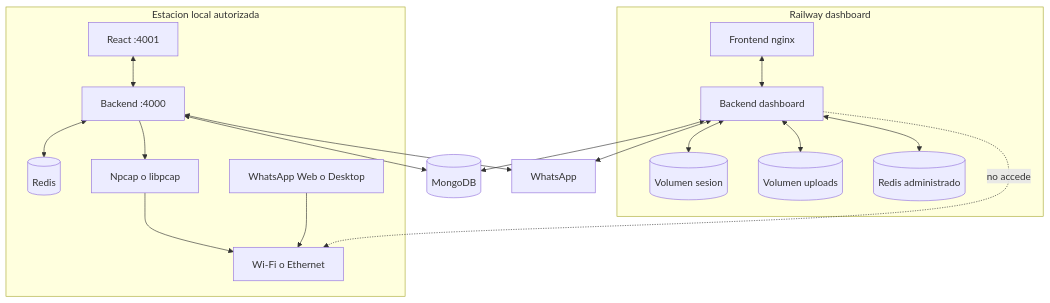
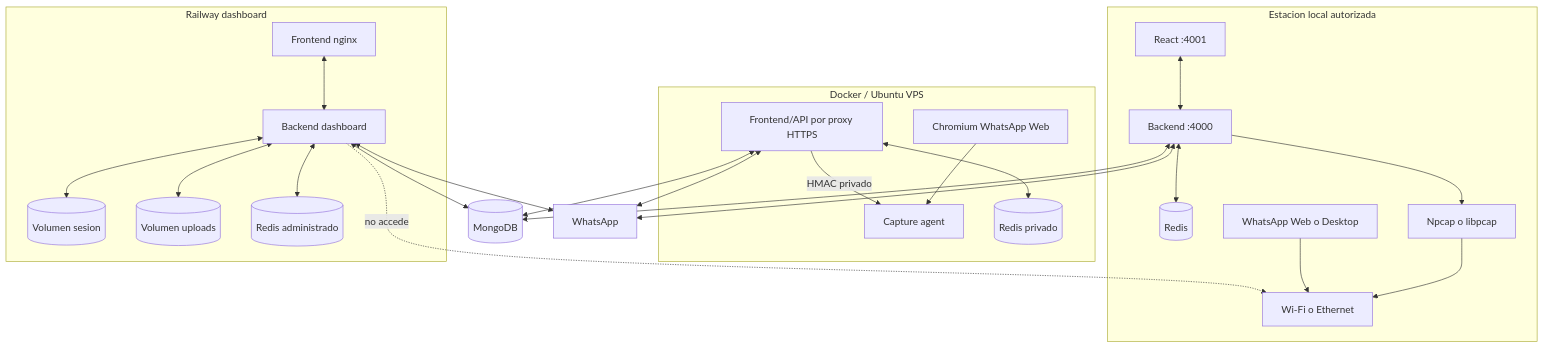
Before and after one commit to deco31416/wp-monitor: the diagram in docs/diagrams/03-deployment-topologies.md, drawn with Mermaid. The commit also changed other lines of this file and 74 other files, not shown here.

````diff
--- a/docs/diagrams/03-deployment-topologies.md
+++ b/docs/diagrams/03-deployment-topologies.md
@@ -7,36 +7,49 @@
 ```mermaid
 flowchart TB
     subgraph Workstation[Estacion local autorizada]
       LocalUI[React :4001]
       LocalAPI[Backend :4000]
       LocalRedis[(Redis)]
       Driver[Npcap o libpcap]
       NIC[Wi-Fi o Ethernet]
       Desktop[WhatsApp Web o Desktop]
       LocalUI <--> LocalAPI
       LocalAPI <--> LocalRedis
       LocalAPI --> Driver --> NIC
       Desktop --> NIC
+    end
+
+
+    subgraph VPS[Docker / Ubuntu VPS]
+      VpsUI[Frontend/API por proxy HTTPS]
+      Browser[Chromium WhatsApp Web]
+      Agent[Capture agent]
+      VpsRedis[(Redis privado)]
+      Browser --> Agent
+      VpsUI -->|HMAC privado| Agent
+      VpsUI <--> VpsRedis
     end
 
     subgraph Cloud[Railway dashboard]
       CloudUI[Frontend nginx]
       CloudAPI[Backend dashboard]
       AuthVolume[(Volumen sesion)]
       UploadVolume[(Volumen uploads)]
       CloudRedis[(Redis administrado)]
       CloudUI <--> CloudAPI
       CloudAPI <--> AuthVolume
       CloudAPI <--> UploadVolume
       CloudAPI <--> CloudRedis
     end
 
     Mongo[(MongoDB)]
     WA[WhatsApp]
 
     LocalAPI <--> Mongo
     CloudAPI <--> Mongo
     LocalAPI <--> WA
     CloudAPI <--> WA
+    VpsUI <--> Mongo
+    VpsUI <--> WA
     CloudAPI -. no accede .-> NIC
 ```
````
